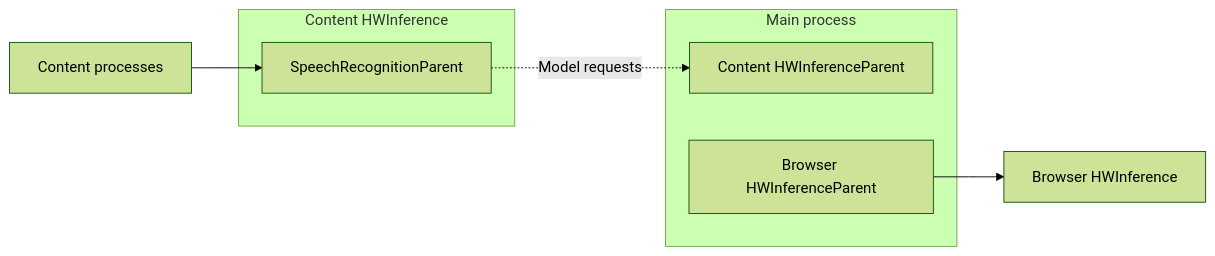
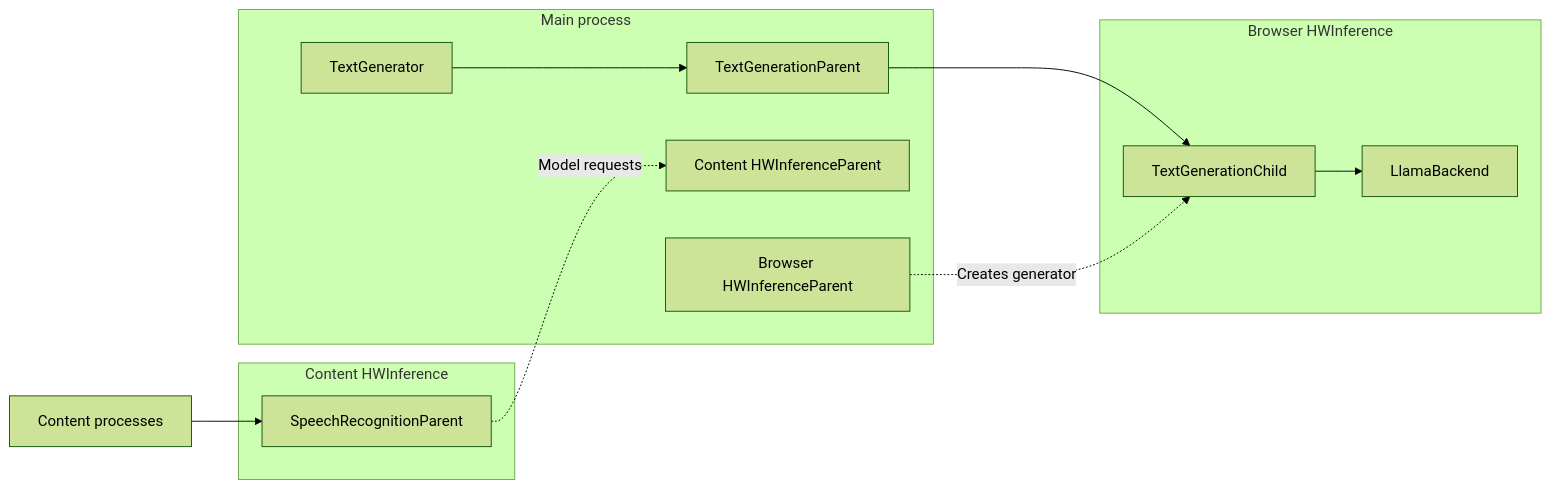
Before and after one commit to marco-c/gecko-dev-comments-removed: the first of 3 diagrams in toolkit/components/ml/docs/HWInference.md, drawn with Mermaid (forest theme). The commit also changed other lines of this file and 6 other files, not shown here.

First line of the commit message:
Bug 2046979 - Implement PTextGeneration with LlamaBackend r=gregtatum,ai-platform-reviewers

````diff
--- a/toolkit/components/ml/docs/HWInference.md
+++ b/toolkit/components/ml/docs/HWInference.md
@@ -104,14 +103,18 @@
 ```{mermaid}
 flowchart LR
   CP[Content processes] --> SR[SpeechRecognitionParent]
   subgraph ContentHW[Content HWInference]
     SR
   end
   subgraph Main[Main process]
+    API[TextGenerator] --> TP[TextGenerationParent]
     CHP[Content HWInferenceParent]
     BHP[Browser HWInferenceParent]
   end
-  BrowserHW[Browser HWInference]
+  subgraph BrowserHW[Browser HWInference]
+    TC[TextGenerationChild] --> LB[LlamaBackend]
+  end
+  TP --> TC
   SR -. Model requests .-> CHP
-  BHP --> BrowserHW
+  BHP -. Creates generator .-> TC
 ```
````
